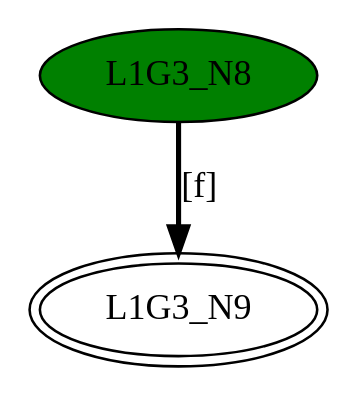
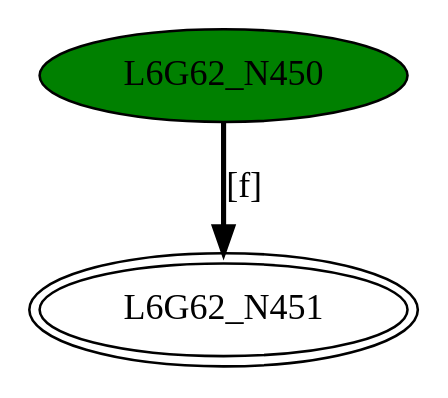
One commit to GDimitroulakos/EDUFLEX changed the diagram in DFASimulator/Testbench/BasicChar_[f].dot. Above: the diagram before and after it, drawn with Graphviz. The commit also changed 192 other files, not shown here.

```diff
--- a/DFASimulator/Testbench/BasicChar_[f].dot
+++ b/DFASimulator/Testbench/BasicChar_[f].dot
@@ -1,5 +1,5 @@
-digraph G3{
-"L1G3_N8" [style=filled,fillcolor=green];
-"L1G3_N9" [peripheries=2];
-"L1G3_N8"->"L1G3_N9" [style = bold, label = "[f]"];
+digraph G62{
+"L6G62_N450" [style=filled,fillcolor=green];
+"L6G62_N451" [peripheries=2];
+"L6G62_N450"->"L6G62_N451" [style = bold, label = "[f]"];
 }
```
